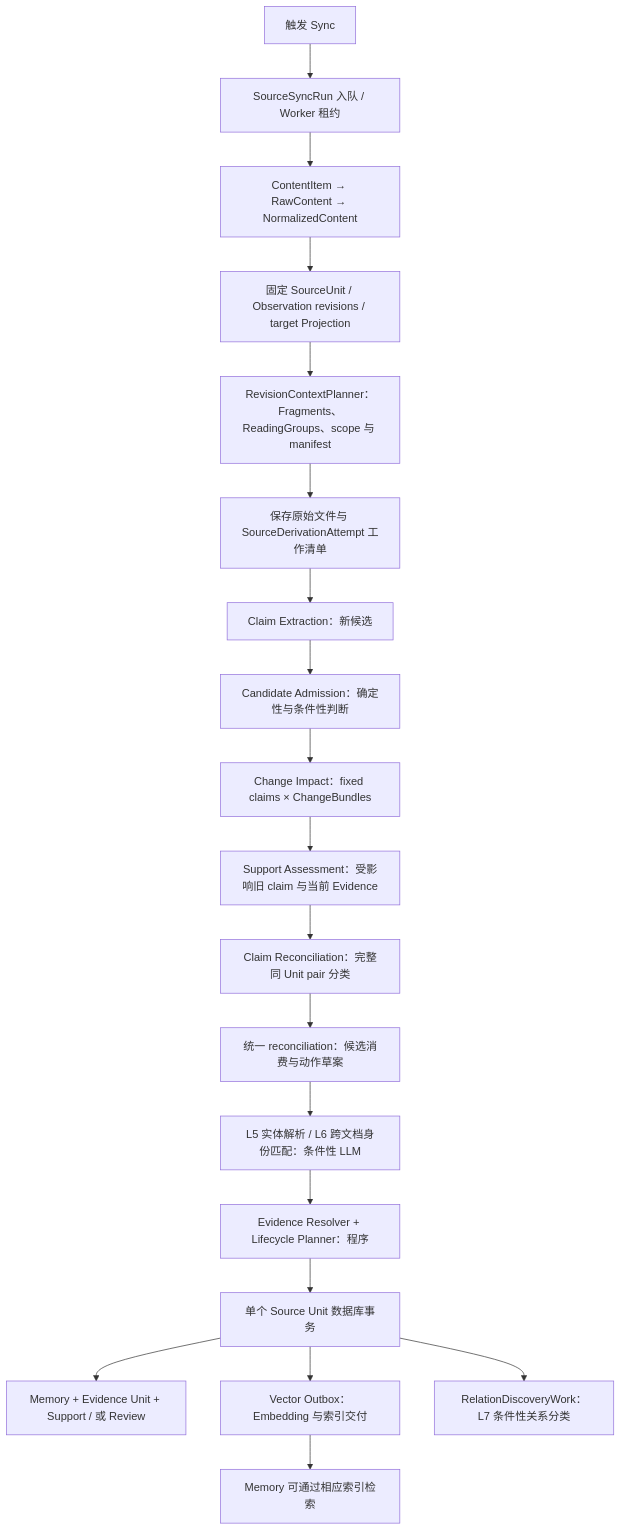
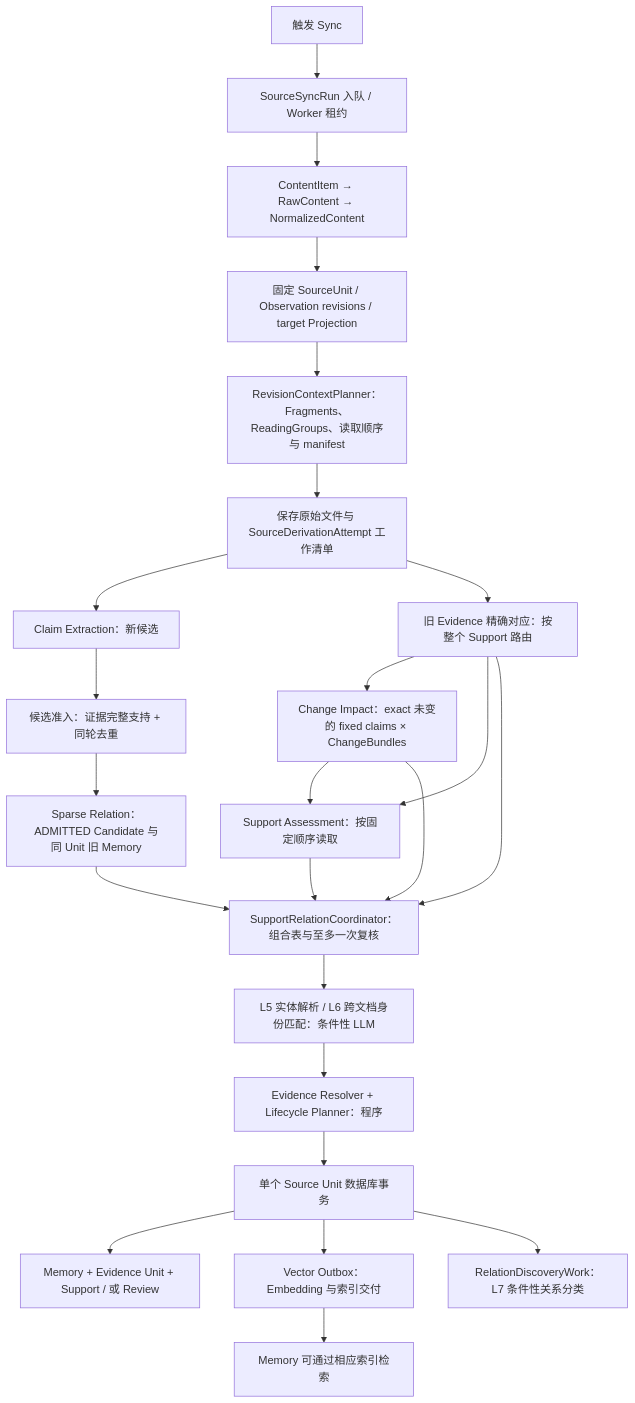
Before and after one commit to shno-labs/mem-forge: the second of 2 diagrams in docs/design/source-sync-to-memory.md, drawn with Mermaid. The commit also changed other lines of this file and 12 other files, not shown here.

Commit message:
docs: define ordered Support reading, Support-Relation coordination and the shared LLM batch runner

````diff
--- a/docs/design/source-sync-to-memory.md
+++ b/docs/design/source-sync-to-memory.md
@@ -335,21 +452,26 @@
 ```mermaid
 flowchart TD
     A[触发 Sync] --> B[SourceSyncRun 入队 / Worker 租约]
     B --> C[ContentItem → RawContent → NormalizedContent]
     C --> D[固定 SourceUnit / Observation revisions / target Projection]
-    D --> F[RevisionContextPlanner：Fragments、ReadingGroups、scope 与 manifest]
+    D --> F[RevisionContextPlanner：Fragments、ReadingGroups、读取顺序与 manifest]
     F --> E[保存原始文件与 SourceDerivationAttempt 工作清单]
     E --> G[Claim Extraction：新候选]
-    G --> H[Candidate Admission：确定性与条件性判断]
-    H --> X[Change Impact：fixed claims × ChangeBundles]
-    X --> I[Support Assessment：受影响旧 claim 与当前 Evidence]
-    I --> J[Claim Reconciliation：完整同 Unit pair 分类]
-    J --> K[统一 reconciliation：候选消费与动作草案]
+    G --> H[候选准入：证据完整支持 + 同轮去重]
+    H --> J[Sparse Relation：ADMITTED Candidate 与同 Unit 旧 Memory]
+    E --> S[旧 Evidence 精确对应：按整个 Support 路由]
+    S --> X[Change Impact：exact 未变的 fixed claims × ChangeBundles]
+    S --> I[Support Assessment：按固定顺序读取]
+    X --> I
+    X --> K[SupportRelationCoordinator：组合表与至多一次复核]
+    S --> K
+    I --> K
+    J --> K
     K --> L[L5 实体解析 / L6 跨文档身份匹配：条件性 LLM]
     L --> M[Evidence Resolver + Lifecycle Planner：程序]
     M --> N[单个 Source Unit 数据库事务]
     N --> O[Memory + Evidence Unit + Support / 或 Review]
     N --> P[Vector Outbox：Embedding 与索引交付]
     N --> Q[RelationDiscoveryWork：L7 条件性关系分类]
     P --> R[Memory 可通过相应索引检索]
 ```
````
